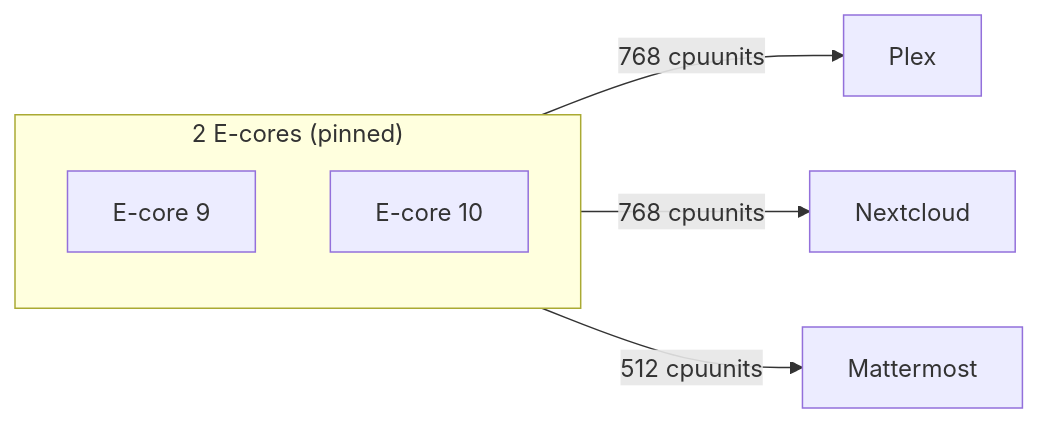
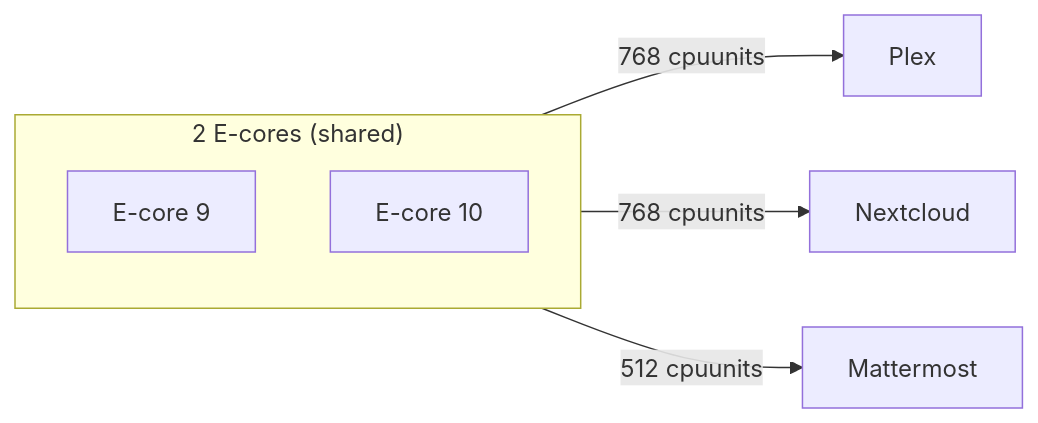
Before and after one commit to wiesion/wiesion.github.io: the fifth of 5 diagrams in _posts/2025-09-28-building-a-private-wooden-cloud-part-1-the-plan.md, drawn with Mermaid. The commit also changed other lines of this file, not shown here.

````diff
--- a/_posts/2025-09-28-building-a-private-wooden-cloud-part-1-the-plan.md
+++ b/_posts/2025-09-28-building-a-private-wooden-cloud-part-1-the-plan.md
@@ -181,11 +248,12 @@
 ```mermaid
 graph LR
-    subgraph ECORES["2 E-cores (pinned)"]
+    subgraph ECORES["2 E-cores (shared)"]
         E1[E-core 9]
         E2[E-core 10]
     end
     
     ECORES -->|768 cpuunits| PLEX[Plex]
     ECORES -->|768 cpuunits| NC[Nextcloud]
     ECORES -->|512 cpuunits| MM[Mattermost]
+    
 ```
````
